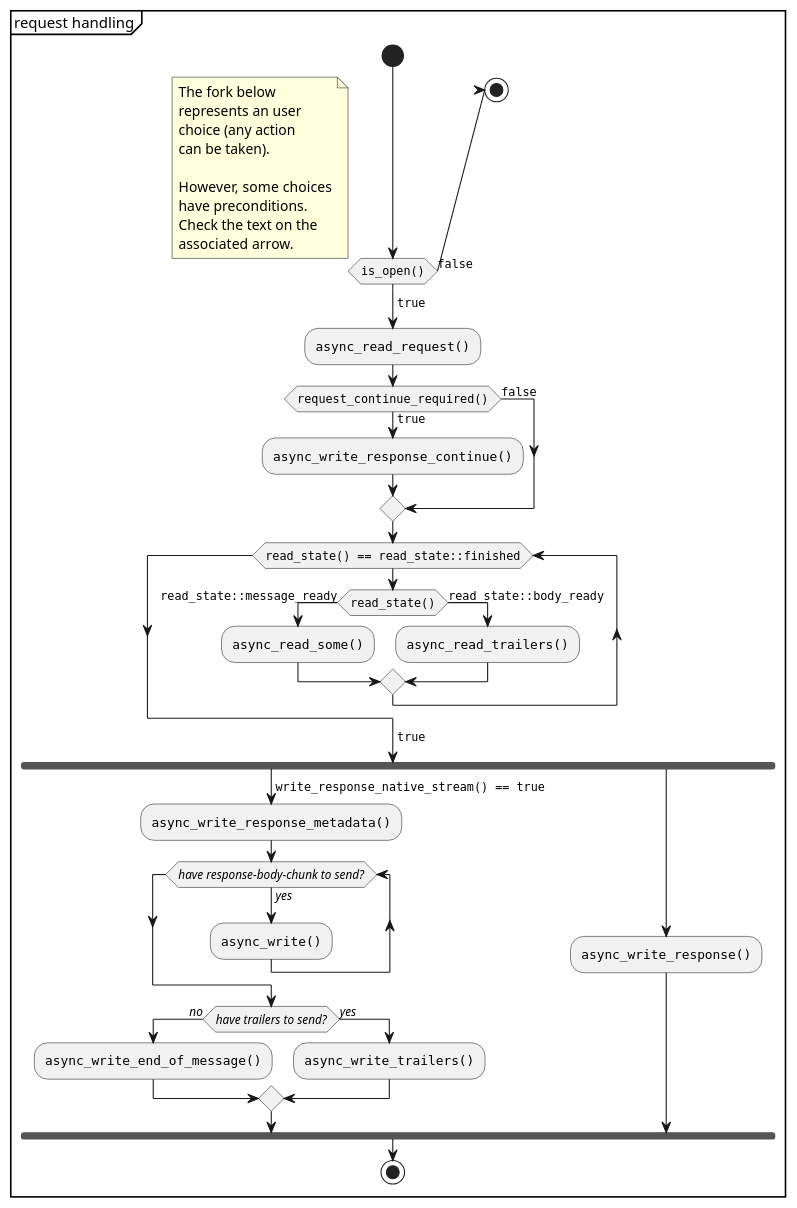
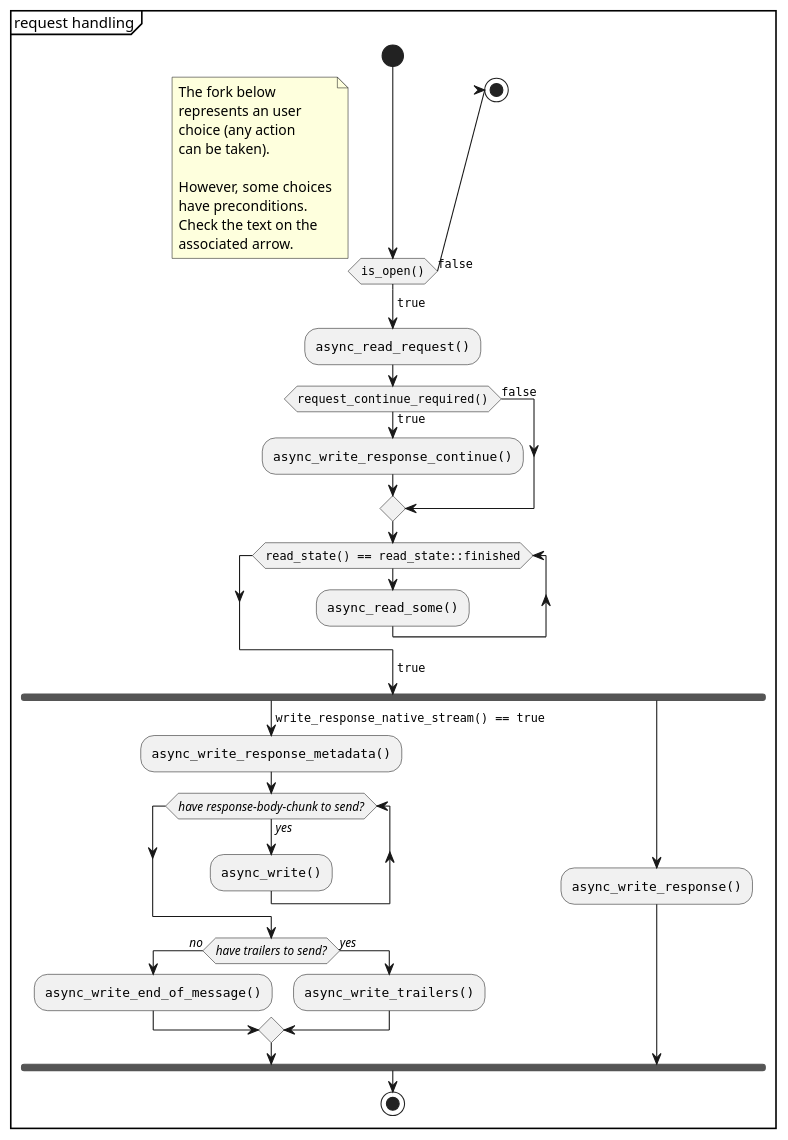
Before and after one commit to BoostGSoC14/boost.http: the diagram in doc/design.adoc, drawn with PlantUML. The commit also changed 33 other files, not shown here.

Commit message:
Remove `async_read_trailers()`

```diff
--- a/doc/design.adoc
+++ b/doc/design.adoc
@@ -190,52 +190,48 @@
 [plantuml,request_handling]
 ----
 @startuml
 partition "request handling" {
   start
   if (""is_open()"") then (""false"")
     stop
   endif
   floating note left
     The fork below
     represents an user
     choice (any action
     can be taken).
 
     However, some choices
     have preconditions.
     Check the text on the
     associated arrow.
   end note
   -> ""true"";
   :""async_read_request()"";
   if (""request_continue_required()"") then (""true"")
     :""async_write_response_continue()"";
   else (""false"")
   endif
   while (""read_state() == read_state::finished"")
-    if (""read_state()"") then (""read_state::message_ready"")
-      :""async_read_some()"";
-    else (""read_state::body_ready"")
-      :""async_read_trailers()"";
-    endif
+    :""async_read_some()"";
   endwhile
   -> ""true"";
   fork
     -> ""write_response_native_stream() == true"";
     :""async_write_response_metadata()"";
     while (//have response-body-chunk to send?//)
       -> //yes//;
       :""async_write()"";
     endwhile
     if (//have trailers to send?//) then(//no//)
       :""async_write_end_of_message()"";
     else (//yes//)
       :""async_write_trailers()"";
     endif
   fork again
     :""async_write_response()"";
   end fork
   stop
 }
 @enduml
 ----
```
